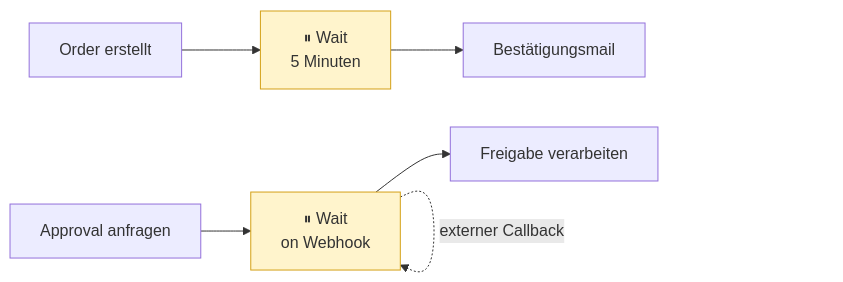
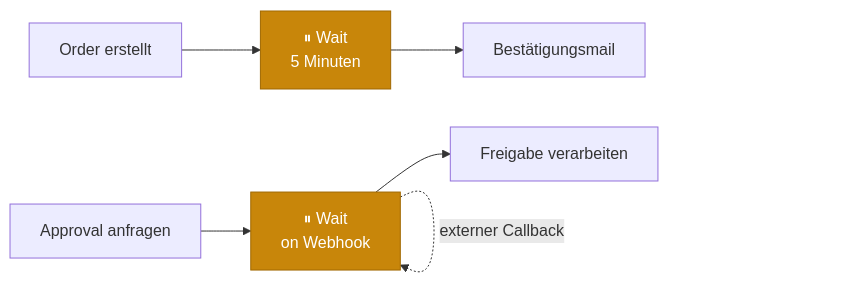
Before and after one commit to ericleddin/m4-n8n-demos: the sixth of 15 diagrams in docs/n8n_learning/n8n_Datenfluss_Kompendium_v2.md, drawn with Mermaid. The commit also changed other lines of this file and 4 other files, not shown here.

Commit message:
Add AI agent, LLM, and n8n developer guides; standardize Mermaid colors

````diff
--- a/docs/n8n_learning/n8n_Datenfluss_Kompendium_v2.md
+++ b/docs/n8n_learning/n8n_Datenfluss_Kompendium_v2.md
@@ -191,12 +191,12 @@
 ```mermaid
 flowchart LR
     A[Order erstellt] --> W["⏸ Wait<br/>5 Minuten"]
     W --> B[Bestätigungsmail]
 
     C[Approval anfragen] --> W2["⏸ Wait<br/>on Webhook"]
     W2 -. externer Callback .-> W2
     W2 --> D[Freigabe verarbeiten]
 
-    style W fill:#fff4cc,stroke:#d4a017
-    style W2 fill:#fff4cc,stroke:#d4a017
+    style W fill:#c8860a,stroke:#a06800,color:#fff
+    style W2 fill:#c8860a,stroke:#a06800,color:#fff
 ```
````
